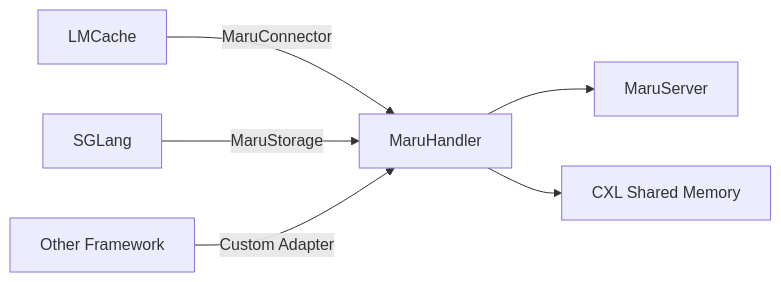
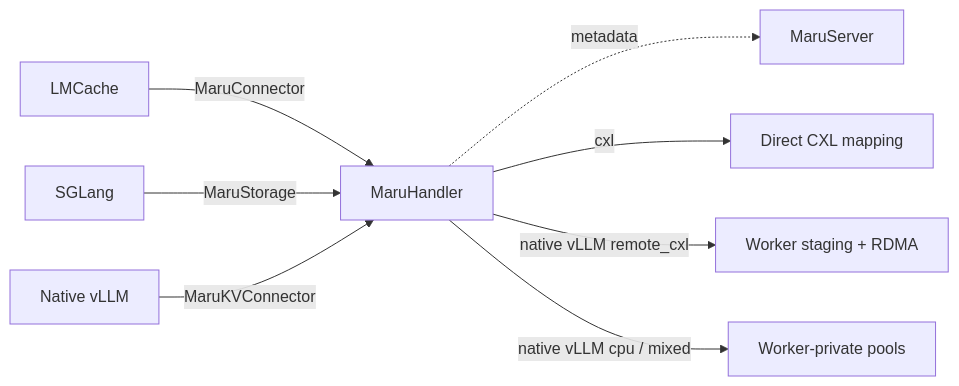
Before and after one commit to xcena-dev/maru: the seventh of 7 diagrams in docs/source/design_doc/architecture_overview.md, drawn with Mermaid. The commit also changed other lines of this file and 37 other files, not shown here.

````diff
--- a/docs/source/design_doc/architecture_overview.md
+++ b/docs/source/design_doc/architecture_overview.md
@@ -226,8 +308,10 @@
 ```mermaid
 graph LR
     A[LMCache] -->|MaruConnector| D[MaruHandler]
     B[SGLang] -->|MaruStorage| D
-    C[Other Framework] -->|Custom Adapter| D
-    D --> E[MaruServer]
-    D --> F[CXL Shared Memory]
+    C[Native vLLM] -->|MaruKVConnector| D
+    D -.->|metadata| E[MaruServer]
+    D -->|cxl| F[Direct CXL mapping]
+    D -->|native vLLM remote_cxl| G[Worker staging + RDMA]
+    D -->|native vLLM cpu / mixed| H[Worker-private pools]
 ```
````
